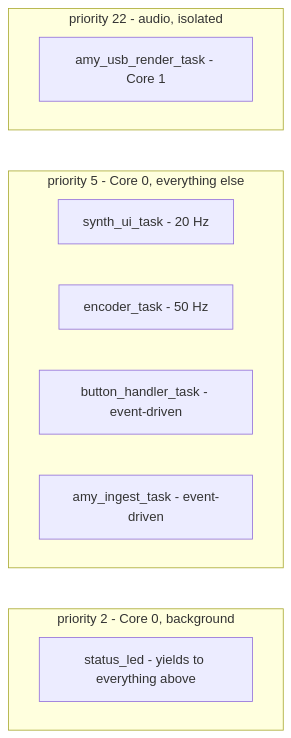
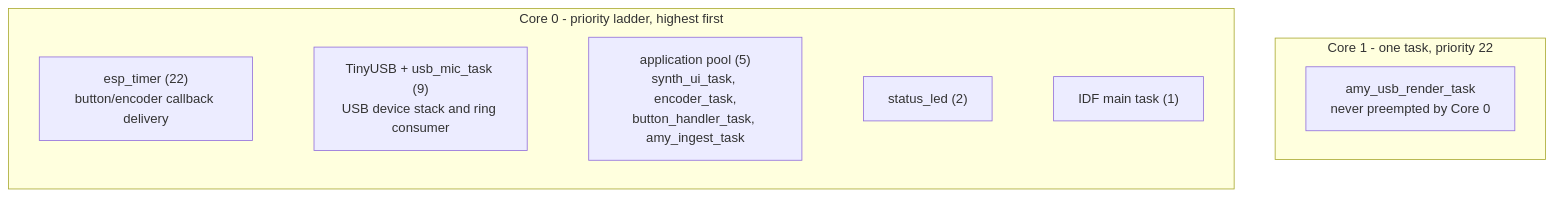
The second of 4 diagrams in RUNTIME-ARCHITECTURE.md (cxandy/S3-Amysynth), drawn with Mermaid before and after one commit. The commit also changed other lines of this file and 7 other files, not shown here.

First line of the commit message:
Docs: realign architecture docs and the AMY-EDITS ledger with the current tree

````diff
--- a/RUNTIME-ARCHITECTURE.md
+++ b/RUNTIME-ARCHITECTURE.md
@@ -64,17 +70,17 @@
 ```mermaid
 flowchart TD
-    subgraph Prio22["priority 22 - audio, isolated"]
-        R["amy_usb_render_task - Core 1"]
+    subgraph C1["Core 1 - one task, priority 22"]
+        R["amy_usb_render_task<br/>never preempted by Core 0"]
     end
-    subgraph Prio5["priority 5 - Core 0, everything else"]
-        UI["synth_ui_task - 20 Hz"]
-        ENC["encoder_task - 50 Hz"]
-        BTN["button_handler_task - event-driven"]
-        ING["amy_ingest_task - event-driven"]
+    subgraph C0["Core 0 - priority ladder, highest first"]
+        T["esp_timer (22)<br/>button/encoder callback delivery"]
+        U["TinyUSB + usb_mic_task (9)<br/>USB device stack and ring consumer"]
+        P["application pool (5)<br/>synth_ui_task, encoder_task,<br/>button_handler_task, amy_ingest_task"]
+        LED["status_led (2)"]
+        M["IDF main task (1)"]
+        T ~~~ U
+        U ~~~ P
+        P ~~~ LED
+        LED ~~~ M
     end
-    subgraph Prio2["priority 2 - Core 0, background"]
-        LED["status_led - yields to everything above"]
-    end
-    Prio22 ~~~ Prio5
-    Prio5 ~~~ Prio2
 ```
````
